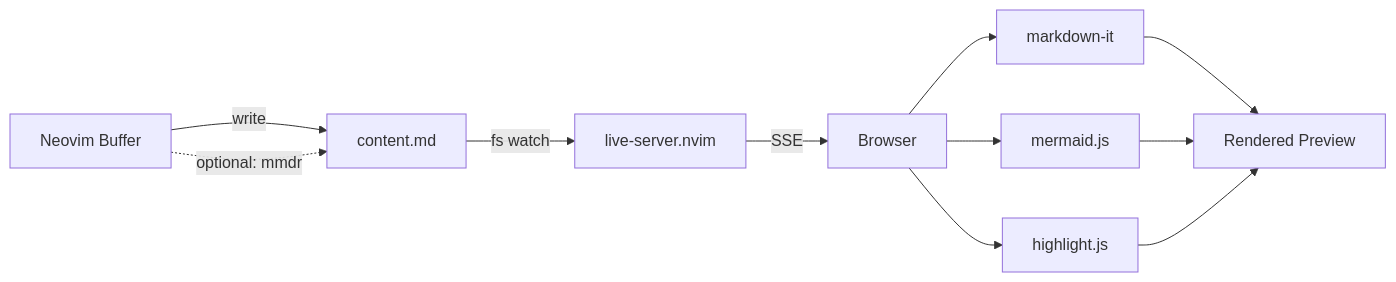
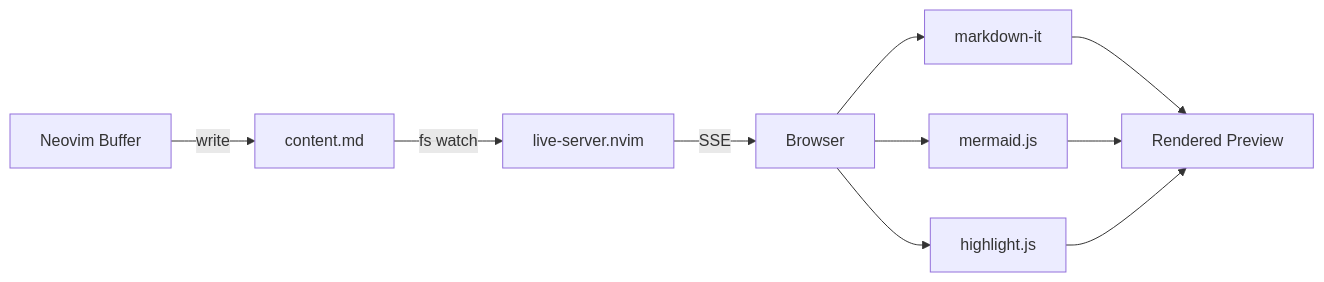
Before and after one commit to jay-waves/markdown-preview.nvim: the diagram in README.md, drawn with Mermaid. The commit also changed other lines of this file and 4 other files, not shown here.

Commit message:
remove rust mermaid

````diff
--- a/README.md
+++ b/README.md
@@ -219,13 +216,12 @@
 ```mermaid
 graph LR
     A[Neovim Buffer] -->|write| B[content.md]
-    A -.->|optional: mmdr| B
     B -->|fs watch| C[live-server.nvim]
     C -->|SSE| D[Browser]
     D --> E[markdown-it]
     D --> F[mermaid.js]
     D --> G[highlight.js]
     E --> H[Rendered Preview]
     F --> H
     G --> H
 ```
````
